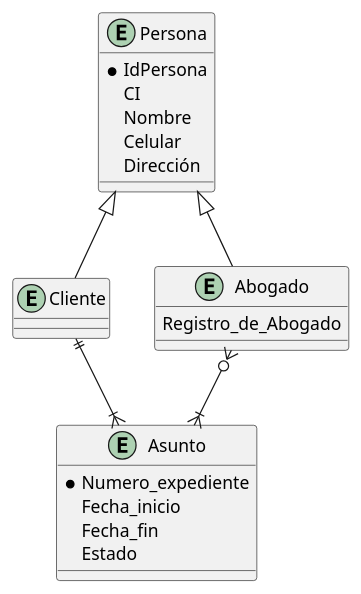
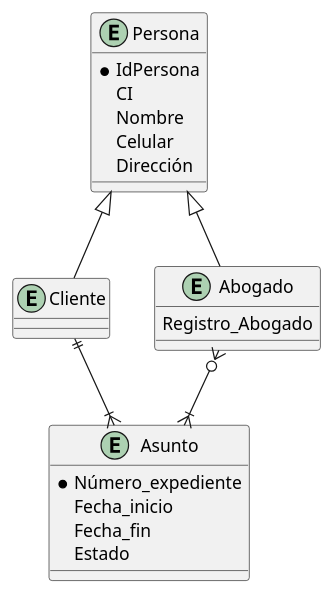
The diagram in Asunto(Especialización).puml (DiegoPeredo/BASDAT), drawn with PlantUML before and after one commit.

Commit message:
Pulido en el orden

```diff
--- a/Asunto(Especialización).puml
+++ b/Asunto(Especialización).puml
@@ -1,27 +1,27 @@
 @startuml Asunto
 entity Persona {
-  * IdPersona
+  *IdPersona
   CI
   Nombre
   Celular
   Dirección
 }
 
 entity Cliente extends Persona {
 }
 
 entity Asunto{
-  *Numero_expediente
+  *Número_expediente
   Fecha_inicio
   Fecha_fin
   Estado
 }
 
 entity Abogado extends Persona {
-  Registro_de_Abogado
+  Registro_Abogado
 }	
 
 Cliente ||--|{ Asunto
 Abogado }o--|{ Asunto   
 
 @enduml
```
